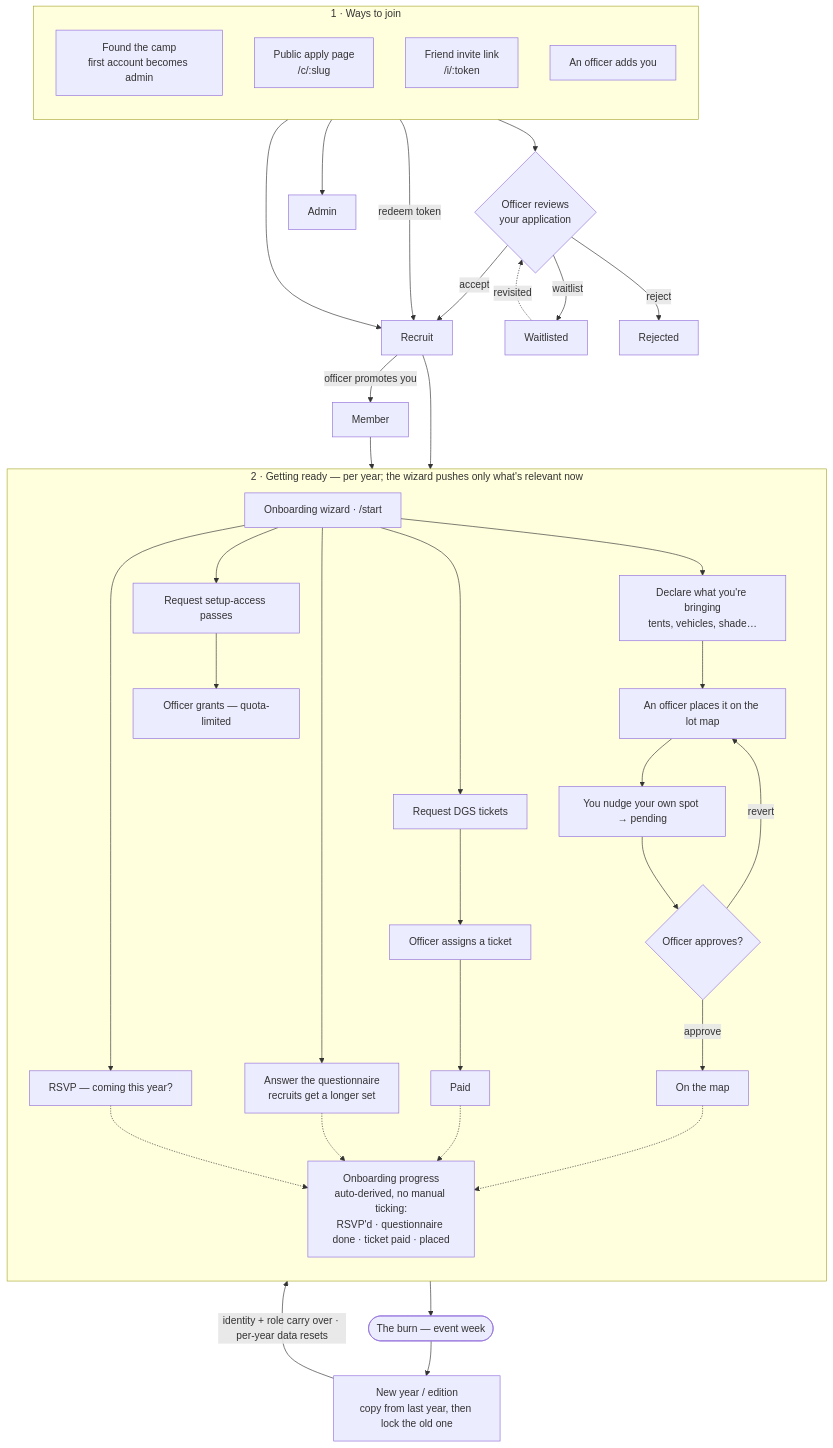
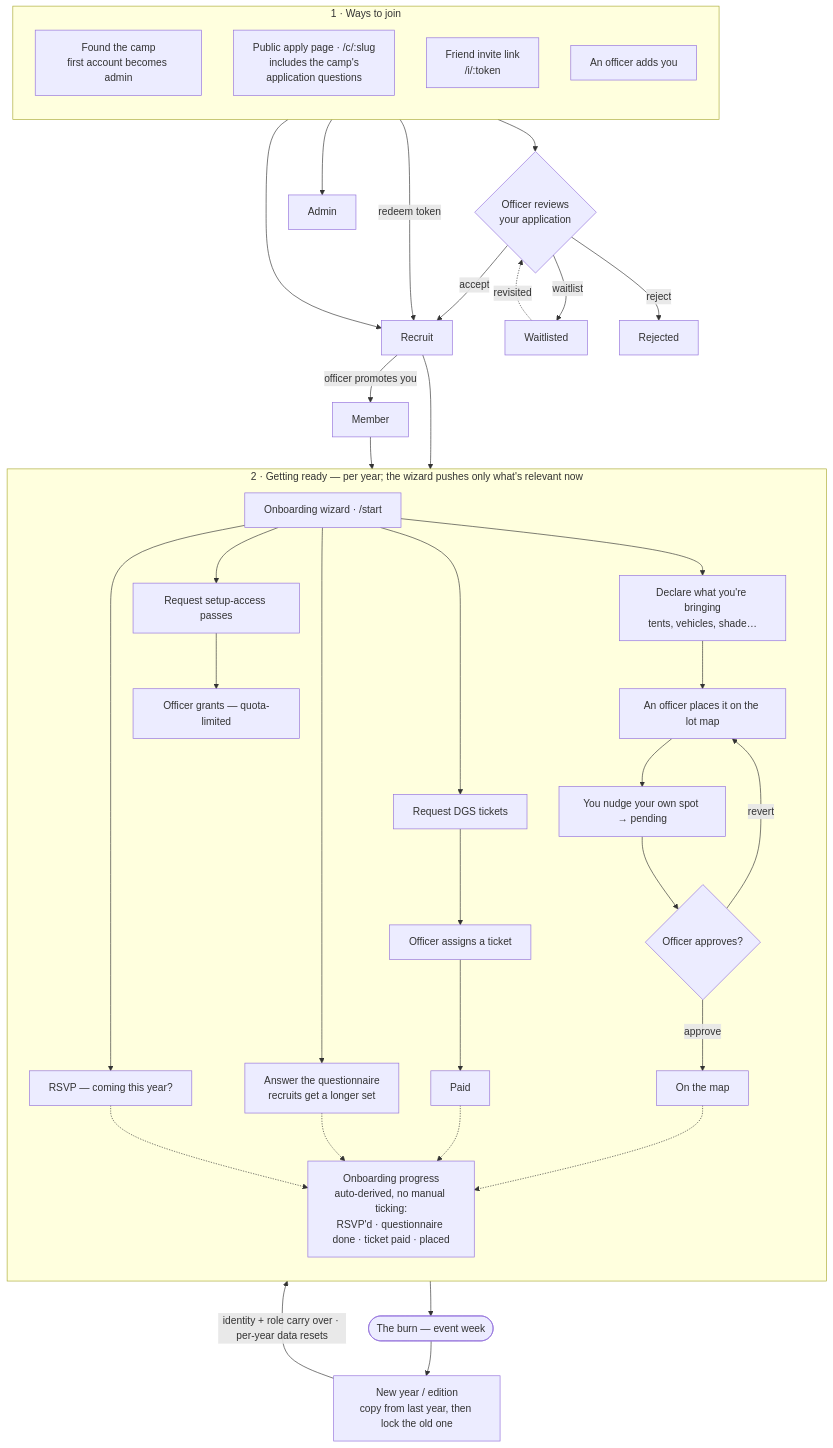
The diagram in docs/camp-lifecycle.md (cinderblock/camptool), drawn with Mermaid before and after one commit. The commit also changed other lines of this file and 16 other files, not shown here.

````diff
--- a/docs/camp-lifecycle.md
+++ b/docs/camp-lifecycle.md
@@ -9,53 +9,53 @@
 ```mermaid
 flowchart TD
     %% ---------- 1 · ways to join ----------
     subgraph JOIN["1 · Ways to join"]
         direction TB
         FOUND["Found the camp<br/>first account becomes admin"]
-        APPLY["Public apply page<br/>/c/:slug"]
+        APPLY["Public apply page · /c/:slug<br/>includes the camp's<br/>application questions"]
         INVITE["Friend invite link<br/>/i/:token"]
         ADD["An officer adds you"]
     end
 
     APPLY --> REVIEW{"Officer reviews<br/>your application"}
     REVIEW -->|accept| RECRUIT["Recruit"]
     REVIEW -->|waitlist| WAIT["Waitlisted"]
     WAIT -.->|revisited| REVIEW
     REVIEW -->|reject| REJECT["Rejected"]
     INVITE -->|redeem token| RECRUIT
     ADD --> RECRUIT
     FOUND --> ADMIN["Admin"]
     RECRUIT -->|officer promotes you| MEMBER["Member"]
 
     %% ---------- 2 · the season ----------
     RECRUIT --> WIZ
     MEMBER --> WIZ
     subgraph SEASON["2 · Getting ready — per year; the wizard pushes only what's relevant now"]
         direction TB
         WIZ["Onboarding wizard · /start"]
         WIZ --> RSVP["RSVP — coming this year?"]
         WIZ --> QN["Answer the questionnaire<br/>recruits get a longer set"]
         WIZ --> BRING["Declare what you're bringing<br/>tents, vehicles, shade…"]
         WIZ --> TICKETS["Request DGS tickets"]
         WIZ --> PASSES["Request setup-access passes"]
 
         BRING --> PLACE["An officer places it on the lot map"]
         PLACE --> TWEAK["You nudge your own spot → pending"]
         TWEAK --> APPROVE{"Officer approves?"}
         APPROVE -->|approve| ONMAP["On the map"]
         APPROVE -->|revert| PLACE
         TICKETS --> ASSIGN["Officer assigns a ticket"] --> PAID["Paid"]
         PASSES --> GRANT["Officer grants — quota-limited"]
 
         PROGRESS["Onboarding progress<br/>auto-derived, no manual ticking:<br/>RSVP'd · questionnaire done · ticket paid · placed"]
         RSVP -.-> PROGRESS
         QN -.-> PROGRESS
         PAID -.-> PROGRESS
         ONMAP -.-> PROGRESS
     end
 
     %% ---------- 3 · next year ----------
     SEASON --> BURN(["The burn — event week"])
     BURN --> NEXTYEAR["New year / edition<br/>copy from last year, then lock the old one"]
     NEXTYEAR -->|identity + role carry over · per-year data resets| WIZ
 ```
````
